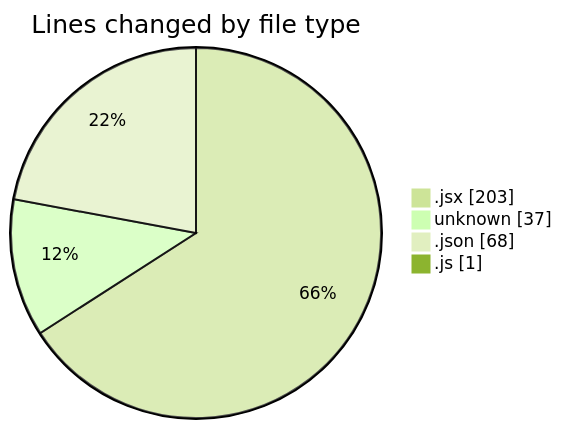
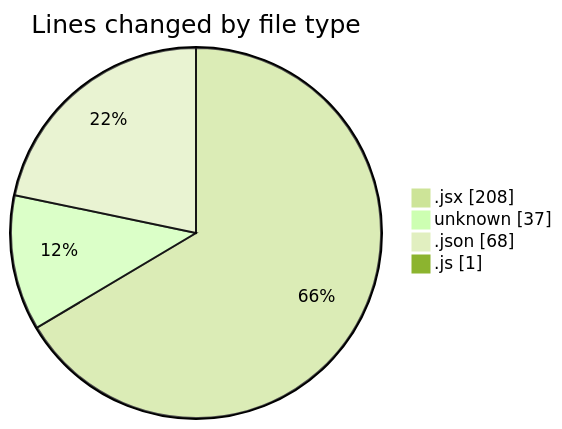
Before and after one commit to Elitesun/code-tracking: the first of 2 diagrams in 2025-02-08/react_ecom/README.md, drawn with Mermaid (forest theme). The commit also changed other lines of this file and 1 other file, not shown here.

````diff
--- a/2025-02-08/react_ecom/README.md
+++ b/2025-02-08/react_ecom/README.md
@@ -23,8 +23,8 @@
 ```mermaid
 pie showData
 title Lines changed by file type
-".jsx" : 203
+".jsx" : 208
 "unknown" : 37
 ".json" : 68
 ".js" : 1
 ```
````
